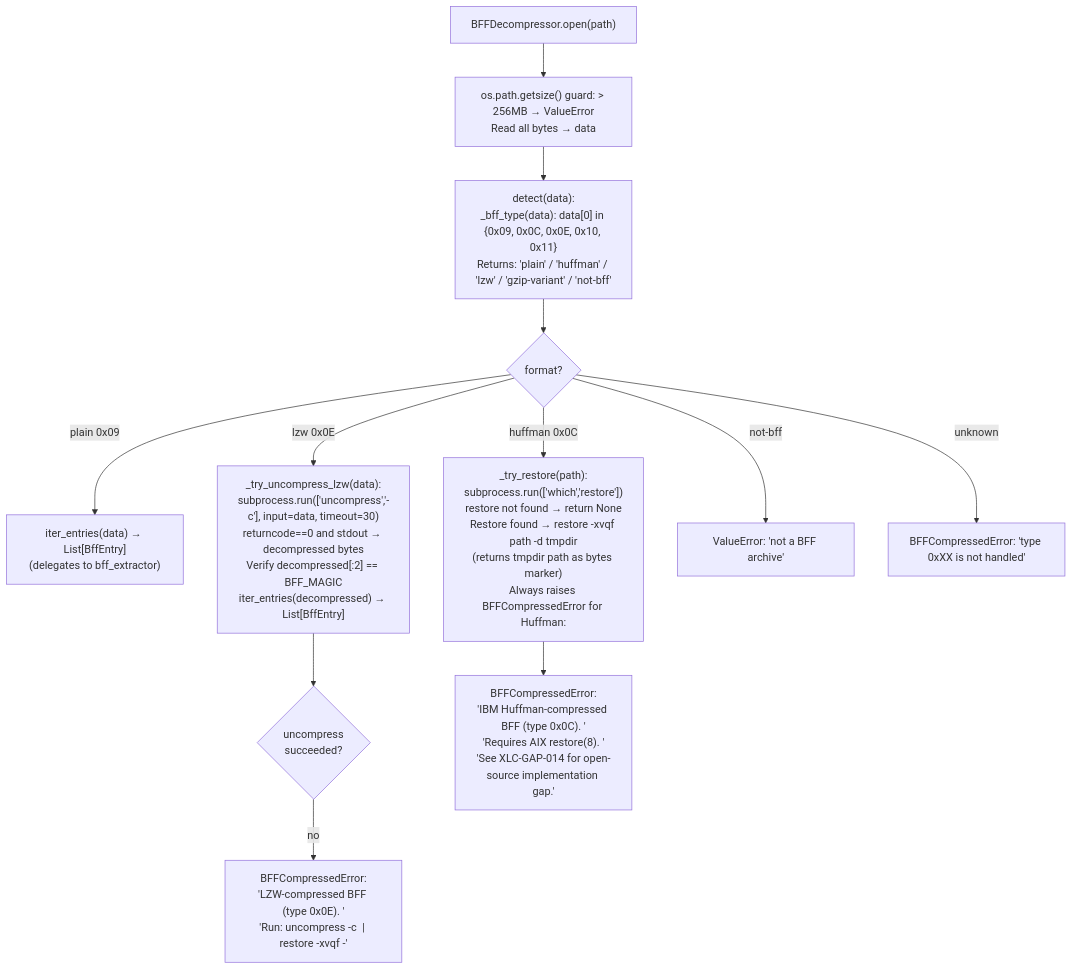
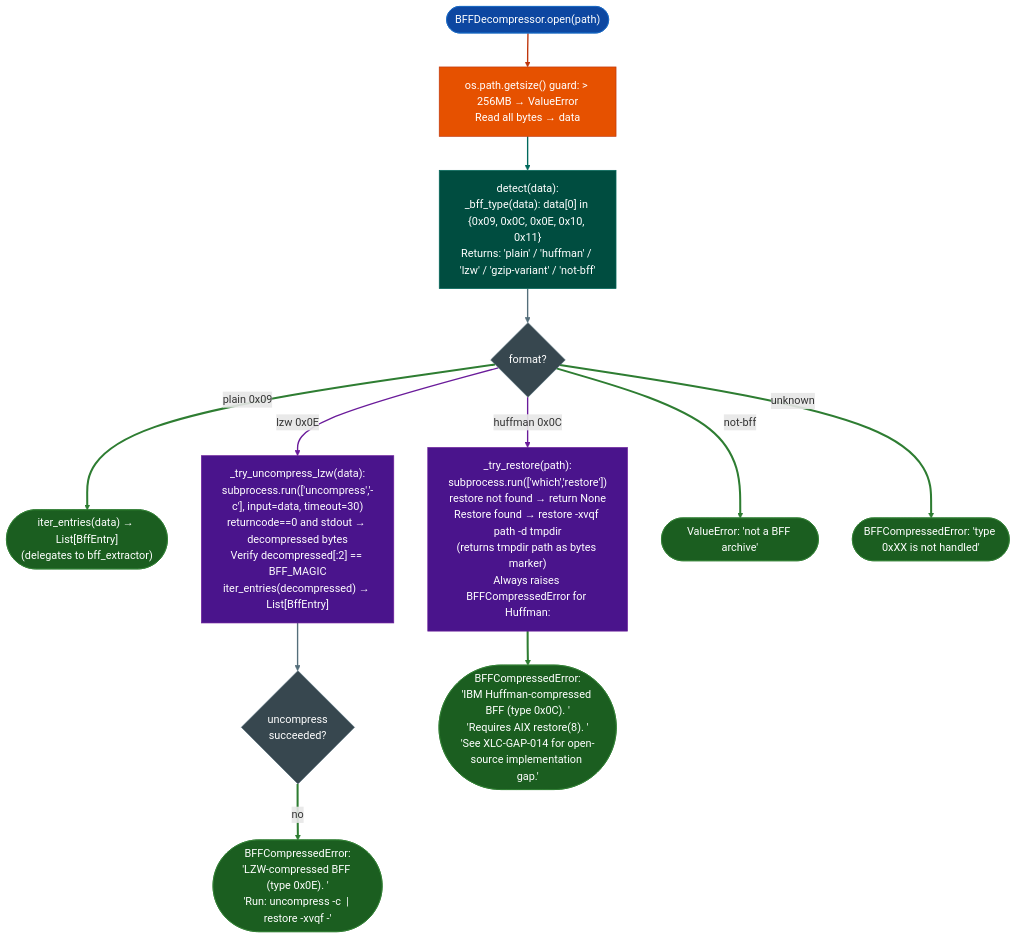
One commit to Ablation-Tool/ablation changed the diagram in docs/reference-modules/aix-big-archive-extraction.md. Above: the diagram before and after it, drawn with Mermaid. The commit also changed 320 other files, not shown here.

First line of the commit message:
docs: apply canonical Mermaid template to all 321 diagrams

````diff
--- a/docs/reference-modules/aix-big-archive-extraction.md
+++ b/docs/reference-modules/aix-big-archive-extraction.md
@@ -19,14 +19,31 @@
 ```mermaid
 flowchart TD
-    A["BFFDecompressor.open(path)"] --> B["os.path.getsize() guard: > 256MB → ValueError\nRead all bytes → data"]
-    B --> C["detect(data):\n_bff_type(data): data[0] in {0x09, 0x0C, 0x0E, 0x10, 0x11}\nReturns: 'plain' / 'huffman' / 'lzw' / 'gzip-variant' / 'not-bff'"]
-    C --> D{format?}
-    D -->|plain 0x09| E["iter_entries(data) → List[BffEntry]\n(delegates to bff_extractor)"]
-    D -->|lzw 0x0E| F["_try_uncompress_lzw(data):\nsubprocess.run(['uncompress','-c'], input=data, timeout=30)\nreturncode==0 and stdout → decompressed bytes\nVerify decompressed[:2] == BFF_MAGIC\niter_entries(decompressed) → List[BffEntry]"]
-    F --> G{"uncompress\nsucceeded?"}
-    G -->|no| H["BFFCompressedError:\n'LZW-compressed BFF (type 0x0E). '\n'Run: uncompress -c <file> | restore -xvqf -'"]
-    D -->|huffman 0x0C| I["_try_restore(path):\nsubprocess.run(['which','restore'])\nrestore not found → return None\nRestore found → restore -xvqf path -d tmpdir\n(returns tmpdir path as bytes marker)\nAlways raises BFFCompressedError for Huffman:"]
-    I --> J["BFFCompressedError:\n'IBM Huffman-compressed BFF (type 0x0C). '\n'Requires AIX restore(8). '\n'See XLC-GAP-014 for open-source implementation gap.'"]
-    D -->|not-bff| K["ValueError: 'not a BFF archive'"]
-    D -->|unknown| L["BFFCompressedError: 'type 0xXX is not handled'"]
+    A(["BFFDecompressor.open(path)"]):::input --> B["os.path.getsize() guard: > 256MB → ValueError\nRead all bytes → data"]:::primary
+    B:::primary --> C["detect(data):\n_bff_type(data): data[0] in {0x09, 0x0C, 0x0E, 0x10, 0x11}\nReturns: 'plain' / 'huffman' / 'lzw' / 'gzip-variant' / 'not-bff'"]:::secondary
+    C:::secondary --> D{"format?"}:::neutral
+    D:::neutral -->|plain 0x09| E(["iter_entries(data) → List[BffEntry]\n(delegates to bff_extractor)"]):::output
+    D:::neutral -->|lzw 0x0E| F["_try_uncompress_lzw(data):\nsubprocess.run(['uncompress','-c'], input=data, timeout=30)\nreturncode==0 and stdout → decompressed bytes\nVerify decompressed[:2] == BFF_MAGIC\niter_entries(decompressed) → List[BffEntry]"]:::tertiary
+    F:::tertiary --> G{"uncompress\nsucceeded?"}:::neutral
+    G:::neutral -->|no| H(["BFFCompressedError:\n'LZW-compressed BFF (type 0x0E). '\n'Run: uncompress -c <file> | restore -xvqf -'"]):::output
+    D:::neutral -->|huffman 0x0C| I["_try_restore(path):\nsubprocess.run(['which','restore'])\nrestore not found → return None\nRestore found → restore -xvqf path -d tmpdir\n(returns tmpdir path as bytes marker)\nAlways raises BFFCompressedError for Huffman:"]:::tertiary
+    I:::tertiary --> J(["BFFCompressedError:\n'IBM Huffman-compressed BFF (type 0x0C). '\n'Requires AIX restore(8). '\n'See XLC-GAP-014 for open-source implementation gap.'"]):::output
+    D:::neutral -->|not-bff| K(["ValueError: 'not a BFF archive'"]):::output
+    D:::neutral -->|unknown| L(["BFFCompressedError: 'type 0xXX is not handled'"]):::output
+    classDef input     fill:#0d47a1,stroke:#1565c0,color:#fff
+    classDef primary   fill:#e65100,stroke:#bf360c,color:#fff
+    classDef secondary fill:#004d40,stroke:#00695c,color:#fff
+    classDef tertiary  fill:#4a148c,stroke:#6a1b9a,color:#fff
+    classDef neutral   fill:#37474f,stroke:#546e7a,color:#fff
+    classDef output    fill:#1b5e20,stroke:#2e7d32,color:#fff
+    linkStyle 0 stroke:#bf360c,stroke-width:2px
+    linkStyle 1 stroke:#00695c,stroke-width:2px
+    linkStyle 2 stroke:#546e7a,stroke-width:2px
+    linkStyle 3 stroke:#2e7d32,stroke-width:3px
+    linkStyle 4 stroke:#6a1b9a,stroke-width:2px
+    linkStyle 5 stroke:#546e7a,stroke-width:2px
+    linkStyle 6 stroke:#2e7d32,stroke-width:3px
+    linkStyle 7 stroke:#6a1b9a,stroke-width:2px
+    linkStyle 8 stroke:#2e7d32,stroke-width:3px
+    linkStyle 9 stroke:#2e7d32,stroke-width:3px
+    linkStyle 10 stroke:#2e7d32,stroke-width:3px
 ```
````
